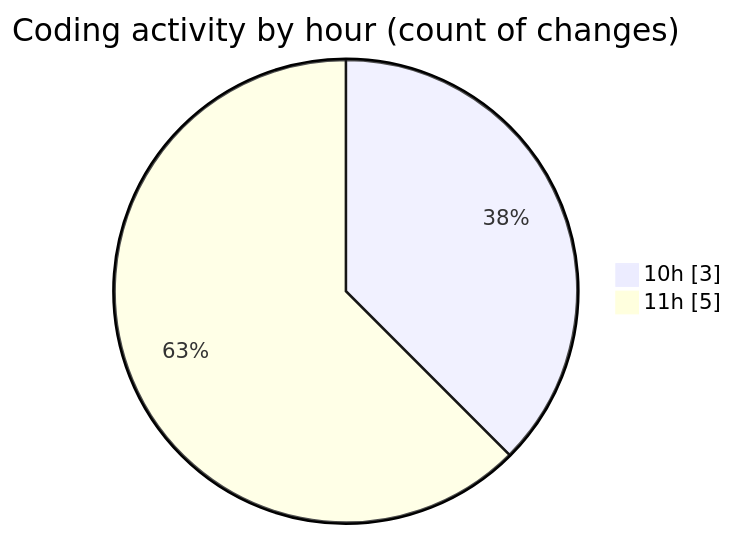
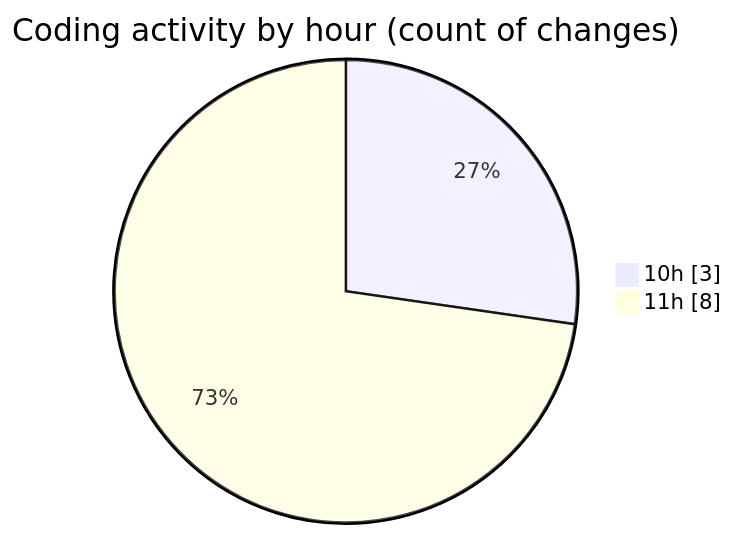
The second of 2 diagrams in 2025-10-15/nxtqube_webapp/README.md (nxtqubesakshisongat/code-tracking), drawn with Mermaid before and after one commit. The commit also changed other lines of this file and 1 other file, not shown here.

````diff
--- a/2025-10-15/nxtqube_webapp/README.md
+++ b/2025-10-15/nxtqube_webapp/README.md
@@ -28,6 +28,6 @@
 ```mermaid
 pie showData
 title Coding activity by hour (count of changes)
 "10h" : 3
-"11h" : 5
+"11h" : 8
 ```
````
